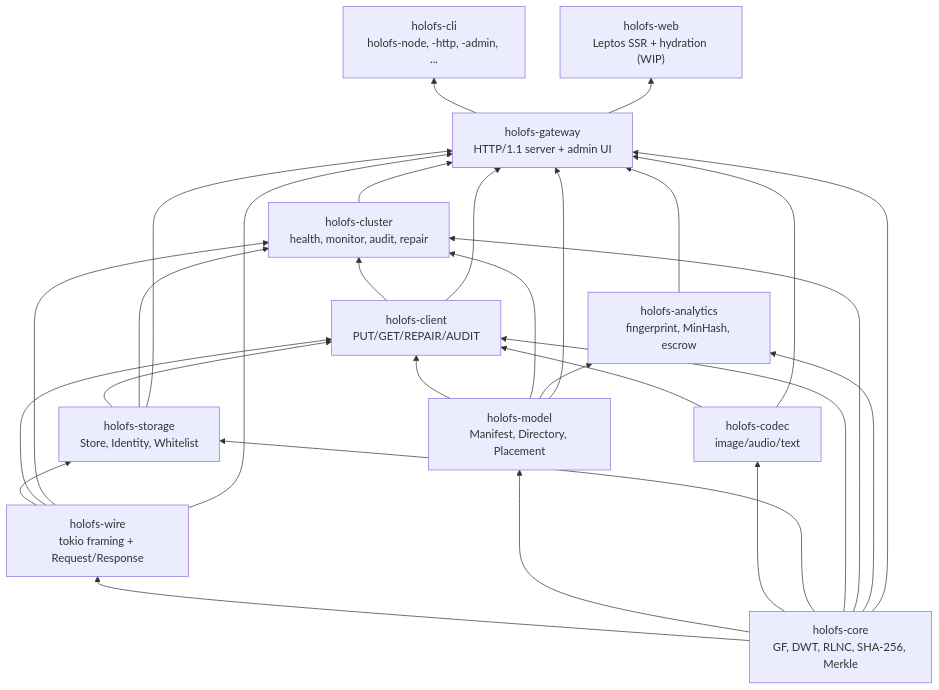
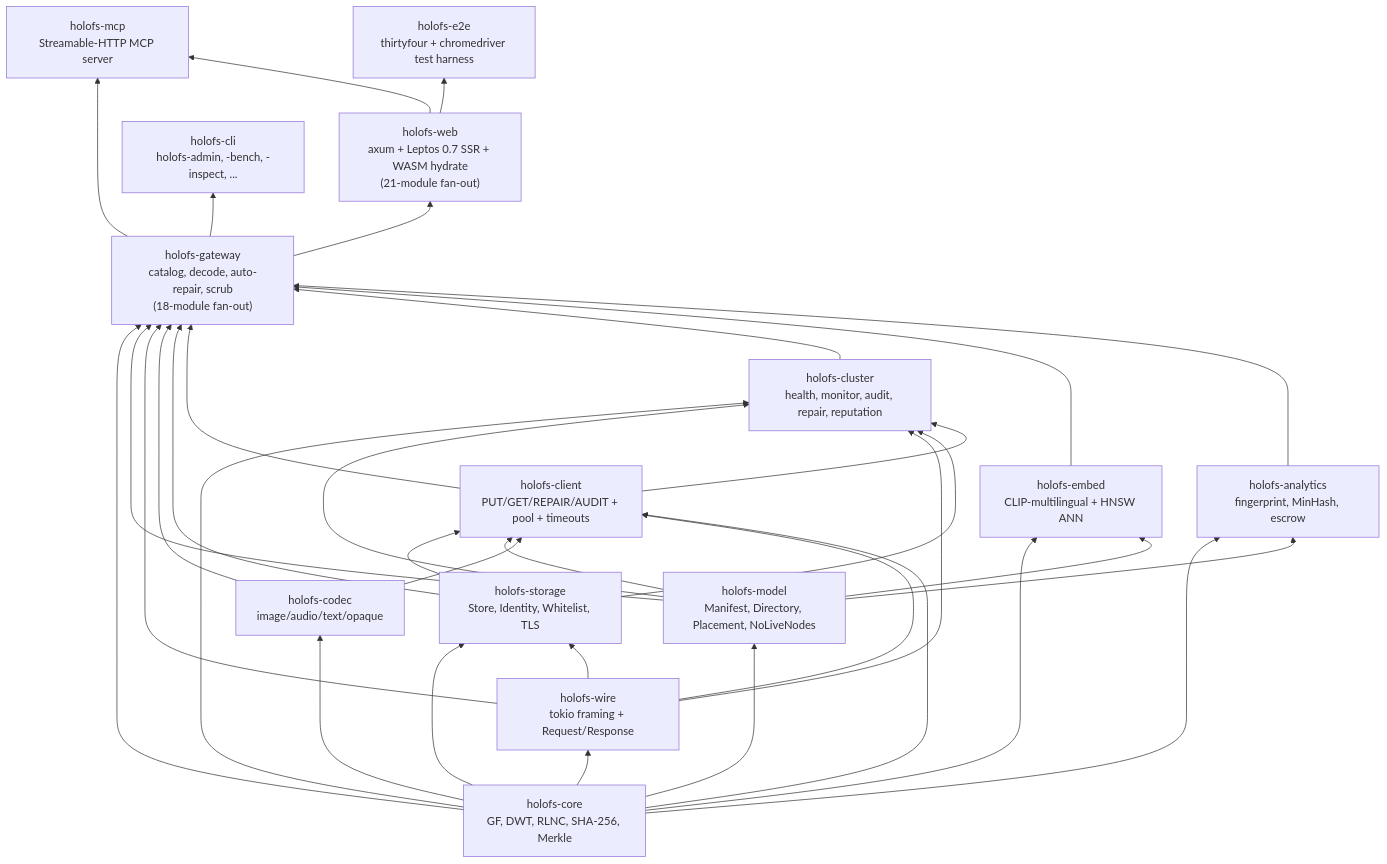
Before and after one commit to rmorenko/holofs: the first of 5 diagrams in docs/es/architecture.md, drawn with Mermaid. The commit also changed other lines of this file and 6 other files, not shown here.

````diff
--- a/docs/es/architecture.md
+++ b/docs/es/architecture.md
@@ -26,42 +23,51 @@
 ```mermaid
 graph BT
     core["holofs-core<br/>GF, DWT, RLNC, SHA-256, Merkle"]
     wire["holofs-wire<br/>tokio framing + Request/Response"]
-    model["holofs-model<br/>Manifest, Directory, Placement"]
-    codec["holofs-codec<br/>image/audio/text"]
-    storage["holofs-storage<br/>Store, Identity, Whitelist"]
-    client["holofs-client<br/>PUT/GET/REPAIR/AUDIT"]
-    cluster["holofs-cluster<br/>health, monitor, audit, repair"]
+    model["holofs-model<br/>Manifest, Directory, Placement, NoLiveNodes"]
+    codec["holofs-codec<br/>image/audio/text/opaque"]
+    storage["holofs-storage<br/>Store, Identity, Whitelist, TLS"]
+    client["holofs-client<br/>PUT/GET/REPAIR/AUDIT + pool + timeouts"]
+    cluster["holofs-cluster<br/>health, monitor, audit, repair, reputation"]
+    embed["holofs-embed<br/>CLIP-multilingual + HNSW ANN"]
     analytics["holofs-analytics<br/>fingerprint, MinHash, escrow"]
-    gateway["holofs-gateway<br/>HTTP/1.1 server + admin UI"]
-    cli["holofs-cli<br/>holofs-node, -http, -admin, ..."]
-    web["holofs-web<br/>Leptos SSR + hydration (WIP)"]
+    gateway["holofs-gateway<br/>catalog, decode, auto-repair, scrub<br/>(18-module fan-out)"]
+    mcp["holofs-mcp<br/>Streamable-HTTP MCP server"]
+    web["holofs-web<br/>axum + Leptos 0.7 SSR + WASM hydrate<br/>(21-module fan-out)"]
+    cli["holofs-cli<br/>holofs-admin, -bench, -inspect, ..."]
+    e2e["holofs-e2e<br/>thirtyfour + chromedriver test harness"]
 
     core --> wire
     core --> model
     core --> codec
     core --> storage
     wire --> storage
     storage --> client
     model --> client
     codec --> client
     wire --> client
     core --> client
     core --> cluster
     model --> cluster
     wire --> cluster
     storage --> cluster
     client --> cluster
+    core --> embed
+    model --> embed
     core --> analytics
     model --> analytics
     core --> gateway
     model --> gateway
     wire --> gateway
     codec --> gateway
     storage --> gateway
     client --> gateway
     cluster --> gateway
+    embed --> gateway
     analytics --> gateway
+    gateway --> mcp
+    gateway --> web
+    web --> mcp
     gateway --> cli
-    gateway --> web
+    web --> e2e
 ```
````
